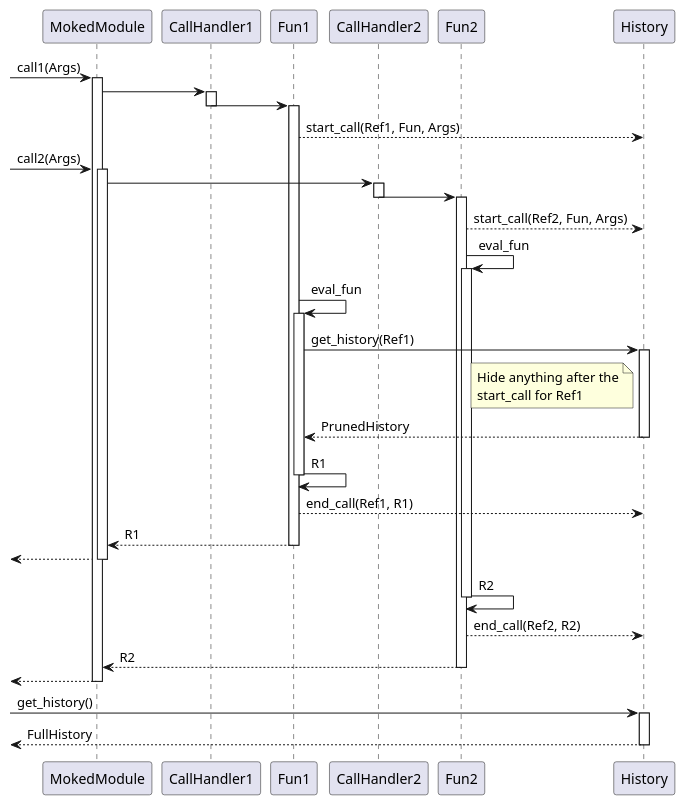
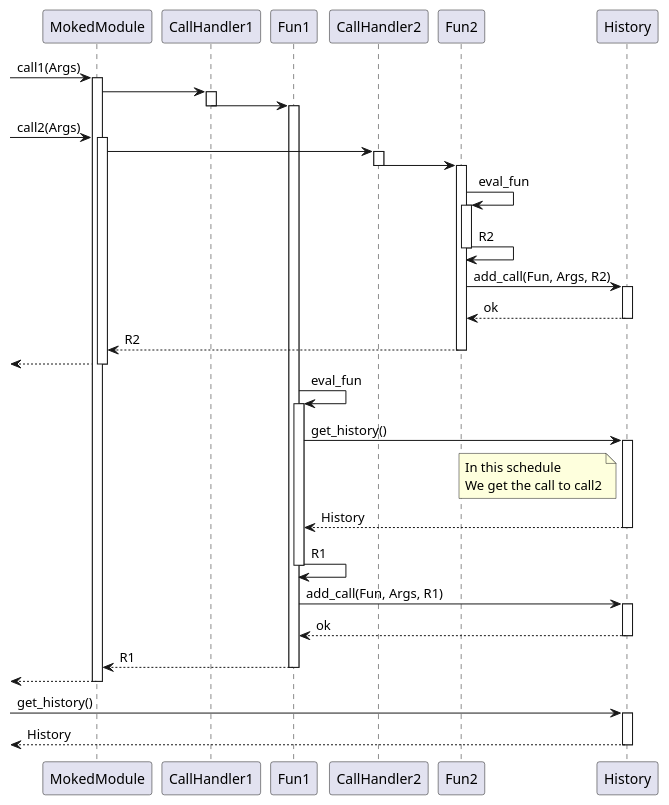
The diagram in doc/design/history_sequence.puml (samuelrivas/moka), drawn with PlantUML before and after one commit.

Commit message:
DOC update the history sequence diagram
We opted to implement a simpler approach. No filtering or ordering is done in
the history list

```diff
--- a/doc/design/history_sequence.puml
+++ b/doc/design/history_sequence.puml
@@ -1,58 +1,62 @@
 @startuml
 
 Participant MokedModule
 Participant CallHandler1
 Participant Fun1
 Participant CallHandler2
 Participant Fun2
 Participant History
 
                 [-> MokedModule         : call1(Args)
 Activate            MokedModule
 MokedModule      -> CallHandler1
 Activate            CallHandler1
 CallHandler1     -> Fun1
 Deactivate          CallHandler1
 Activate            Fun1
-Fun1            --> History             : start_call(Ref1, Fun, Args)
 
                 [-> MokedModule         : call2(Args)
 Activate            MokedModule
 MokedModule      -> CallHandler2
 Activate            CallHandler2
 CallHandler2     -> Fun2
 Deactivate          CallHandler2
 Activate            Fun2
-Fun2            --> History             : start_call(Ref2, Fun, Args)
 Fun2             -> Fun2                : eval_fun
 Activate            Fun2
+Fun2             -> Fun2                : R2
+Deactivate          Fun2
+Fun2             -> History             : add_call(Fun, Args, R2)
+Activate            History
+History         --> Fun2                : ok
+Deactivate          History
+Fun2            --> MokedModule         : R2
+Deactivate          Fun2
+               [<-- MokedModule
+Deactivate          MokedModule
 
 Fun1             -> Fun1                : eval_fun
 Activate            Fun1
-Fun1             -> History             : get_history(Ref1)
+Fun1             -> History             : get_history()
 Activate            History
-Note left of History                    : Hide anything after the\nstart_call for Ref1
-History         --> Fun1                : PrunedHistory
+Note left of History                    : In this schedule\nWe get the call to call2
+History         --> Fun1                : History
 Deactivate          History
 Fun1             -> Fun1                : R1
 Deactivate          Fun1
-Fun1            --> History             : end_call(Ref1, R1)
+Fun1             -> History             : add_call(Fun, Args, R1)
+Activate            History
+History         --> Fun1                : ok
+Deactivate          History
 Fun1            --> MokedModule         : R1
 Deactivate          Fun1
                [<-- MokedModule
 Deactivate          MokedModule
 
-Fun2             -> Fun2                : R2
-Deactivate          Fun2
-Fun2            --> History             : end_call(Ref2, R2)
-Fun2            --> MokedModule         : R2
-Deactivate          Fun2
-               [<-- MokedModule
-Deactivate          MokedModule
 
                 [-> History             : get_history()
 Activate            History
-               [<-- History             : FullHistory
+               [<-- History             : History
 Deactivate          History
 
 @enduml
```
